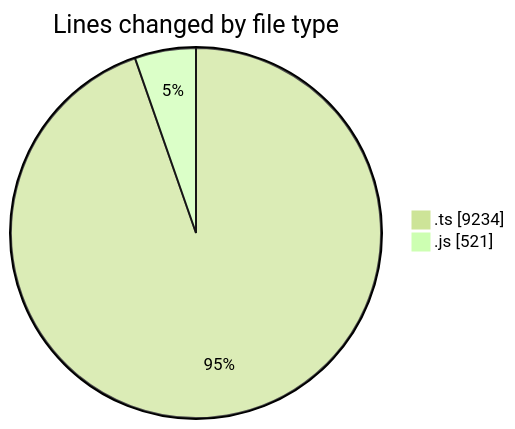
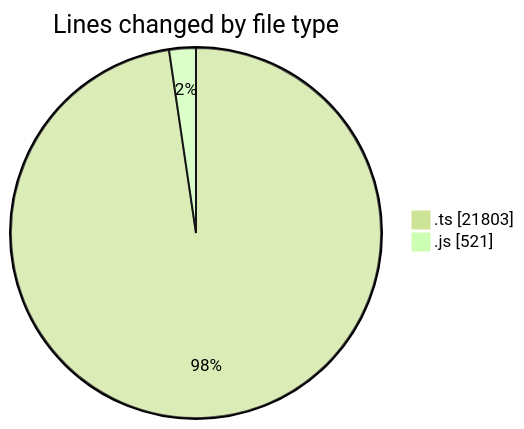
The first of 2 diagrams in 2025-08-14/cda/README.md (momahboobian/code-tracking), drawn with Mermaid (forest theme) before and after one commit. The commit also changed other lines of this file and 1 other file, not shown here.

````diff
--- a/2025-08-14/cda/README.md
+++ b/2025-08-14/cda/README.md
@@ -23,6 +24,6 @@
 ```mermaid
 pie showData
 title Lines changed by file type
-".ts" : 9234
+".ts" : 21803
 ".js" : 521
 ```
````
